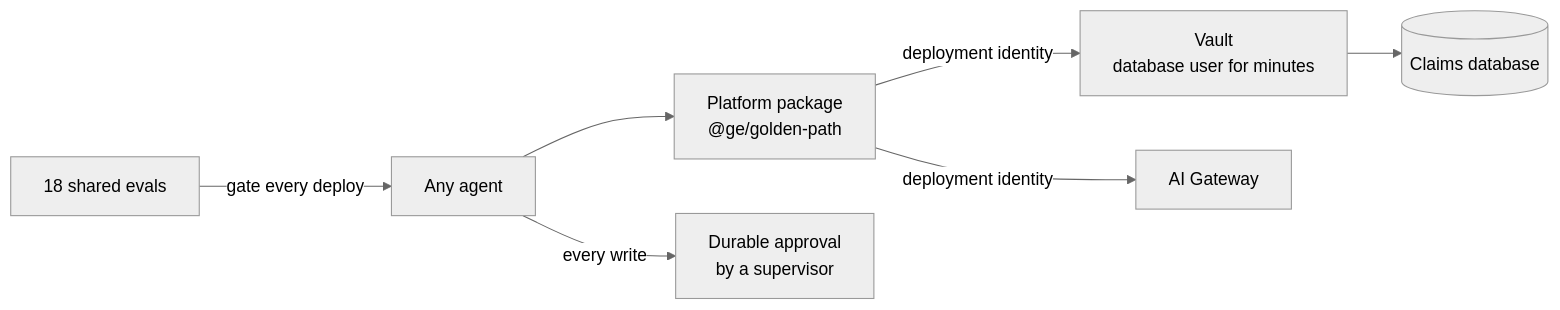
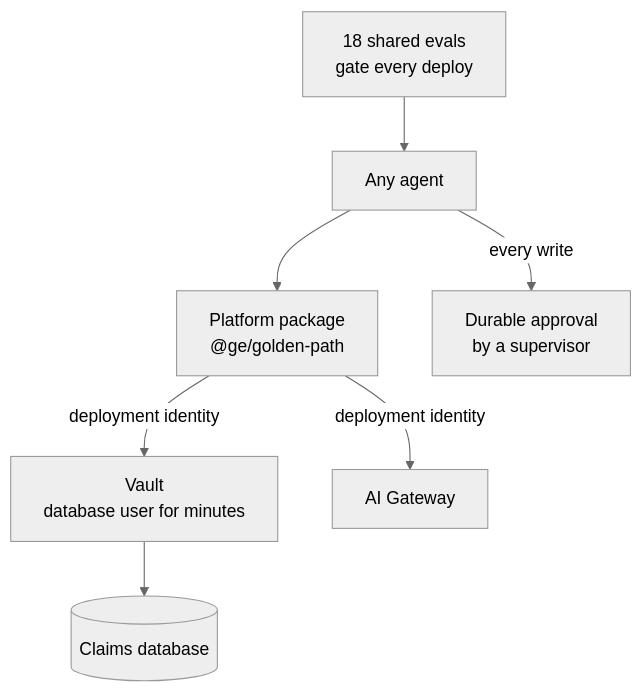
One commit to cmylchan/goodenoughinsurance-eve-migration-demo changed the second of 2 diagrams in README.md. Above: the diagram before and after it, drawn with Mermaid (neutral theme). The commit also changed 4 other files, not shown here.

First line of the commit message:
Walkthrough: draw README diagrams in the site's palette, wrap its tables, fix relative links

````diff
--- a/README.md
+++ b/README.md
@@ -55,9 +55,9 @@
 ```mermaid
-flowchart LR
-  A["Any agent"] --> G["Platform package<br/>@ge/golden-path"]
+flowchart TB
+  E["18 shared evals<br/>gate every deploy"] --> A["Any agent"]
+  A --> G["Platform package<br/>@ge/golden-path"]
+  A -- "every write" --> W["Durable approval<br/>by a supervisor"]
   G -- "deployment identity" --> V["Vault<br/>database user for minutes"]
   G -- "deployment identity" --> M["AI Gateway"]
   V --> DB[("Claims database")]
-  A -- "every write" --> W["Durable approval<br/>by a supervisor"]
-  E["18 shared evals"] -- "gate every deploy" --> A
 ```
````
